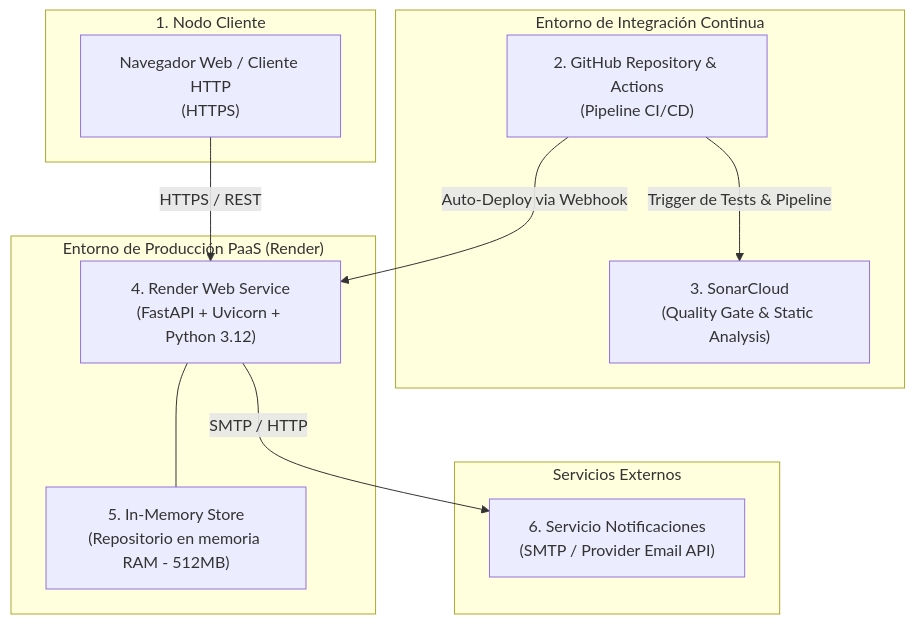
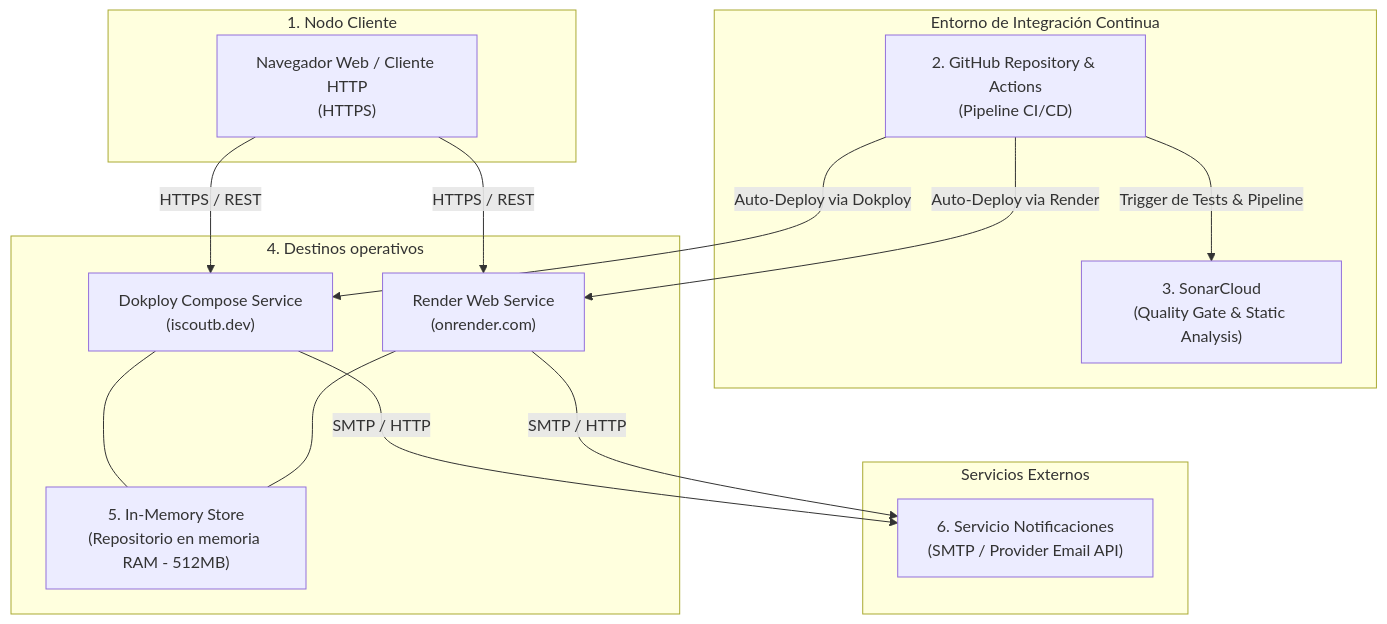
Before and after one commit to ISCOUTB/AS_202620_InvenTrack: the fifth of 7 diagrams in docs/arc42/arc42-template-EN.md, drawn with Mermaid. The commit also changed other lines of this file and 4 other files, not shown here.

````diff
--- a/docs/arc42/arc42-template-EN.md
+++ b/docs/arc42/arc42-template-EN.md
@@ -408,26 +412,31 @@
 ```mermaid
 flowchart TD
     subgraph CLIENTE["1. Nodo Cliente"]
         USER["Navegador Web / Cliente HTTP<br/>(HTTPS)"]
     end
 
     subgraph CI_CD["Entorno de Integración Continua"]
         GH["2. GitHub Repository & Actions<br/>(Pipeline CI/CD)"]
         SONAR["3. SonarCloud<br/>(Quality Gate & Static Analysis)"]
     end
 
-    subgraph PAAS["Entorno de Producción PaaS (Render)"]
-        RENDER["4. Render Web Service<br/>(FastAPI + Uvicorn + Python 3.12)"]
-        MEM["5. In-Memory Store<br/>(Repositorio en memoria RAM - 512MB)"]
+    subgraph DEPLOY["4. Destinos operativos"]
+      DOKPLOY["Dokploy Compose Service<br/>(iscoutb.dev)"]
+      RENDER["Render Web Service<br/>(onrender.com)"]
+      MEM["5. In-Memory Store<br/>(Repositorio en memoria RAM - 512MB)"]
     end
 
     subgraph EXTERNAL["Servicios Externos"]
         NOTIF["6. Servicio Notificaciones<br/>(SMTP / Provider Email API)"]
     end
 
+    USER -->|"HTTPS / REST"| DOKPLOY
     USER -->|"HTTPS / REST"| RENDER
     GH -->|"Trigger de Tests & Pipeline"| SONAR
-    GH -->|"Auto-Deploy via Webhook"| RENDER
+    GH -->|"Auto-Deploy via Dokploy"| DOKPLOY
+    GH -->|"Auto-Deploy via Render"| RENDER
+    DOKPLOY --- MEM
     RENDER --- MEM
+    DOKPLOY -->|"SMTP / HTTP"| NOTIF
     RENDER -->|"SMTP / HTTP"| NOTIF
 ```
````
